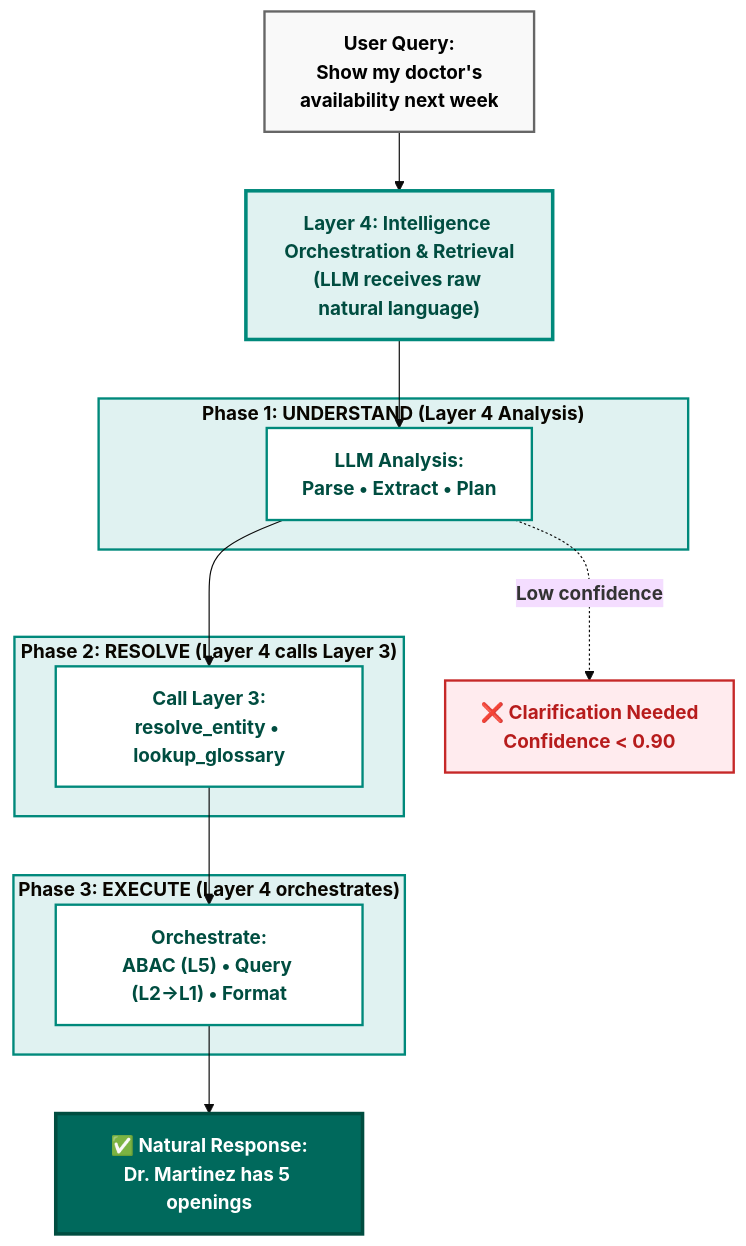
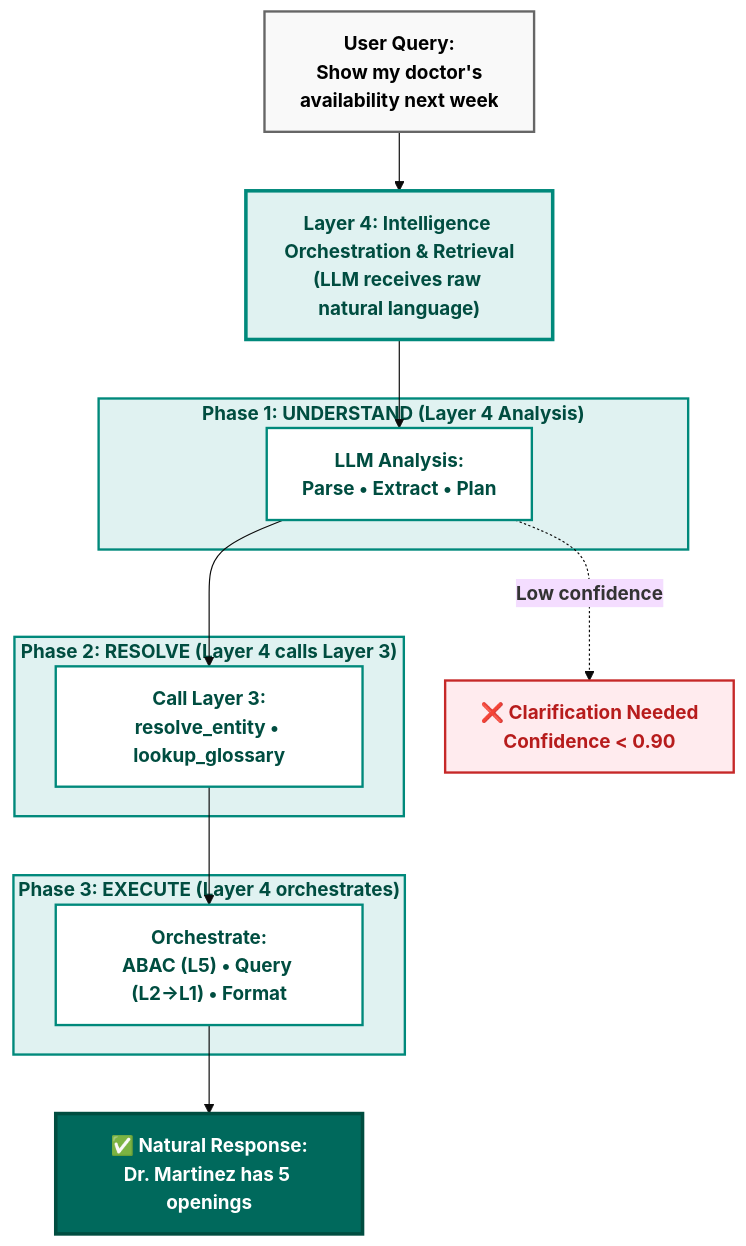
Before and after one commit to colaberry/enterprise-data-readiness-ai-agents: the sixth of 11 diagrams in chapter-02/chapter_2_complete.md, drawn with Mermaid (base theme). The commit also changed other lines of this file, not shown here.

First line of the commit message:
diagram 10 fixed

````diff
--- a/chapter-02/chapter_2_complete.md
+++ b/chapter-02/chapter_2_complete.md
@@ -903,40 +903,40 @@
 ```mermaid
 graph TB
     NL["<b>User Query:</b><br/><b>Show my doctor's</b><br/><b>availability next week</b>"]
     
     NL --> L4["<b>Layer 4: Intelligence Orchestration & Retrieval</b><br/><b>(LLM receives raw natural language)</b>"]
     
     subgraph PHASE1["<b>Phase 1: UNDERSTAND (Layer 4 Analysis)</b>"]
         P1["<b>LLM Analysis:</b><br/><b>Parse • Extract • Plan</b>"]
     end
     
     subgraph PHASE2["<b>Phase 2: RESOLVE (Layer 4 calls Layer 3)</b>"]
         P2["<b>Call Layer 3:</b><br/><b>resolve_entity • lookup_glossary</b>"]
     end
     
     subgraph PHASE3["<b>Phase 3: EXECUTE (Layer 4 orchestrates)</b>"]
         P3["<b>Orchestrate:</b><br/><b>ABAC (L5) • Query (L2→L1) • Format</b>"]
     end
     
     CLARIFY["<b>❌ Clarification Needed</b><br/><b>Confidence < 0.90</b>"]
     
     RESULT["<b>✅ Natural Response:</b><br/><b>Dr. Martinez has 5 openings</b>"]
     
     L4 --> P1
     P1 --> P2
     P2 --> P3
     P3 --> RESULT
     
     P1 -.->|<b>Low confidence</b>| CLARIFY
     
     style L4 fill:#e0f2f1,stroke:#00897b,stroke-width:3px,color:#004d40
-    style PHASE1 fill:#e0f2f1,stroke:#00897b,stroke-width:2px
-    style PHASE2 fill:#e0f2f1,stroke:#00897b,stroke-width:2px
-    style PHASE3 fill:#e0f2f1,stroke:#00897b,stroke-width:2px
+    style PHASE1 fill:#e0f2f1,stroke:#00897b,stroke-width:2px,color:#004d40
+    style PHASE2 fill:#e0f2f1,stroke:#00897b,stroke-width:2px,color:#004d40
+    style PHASE3 fill:#e0f2f1,stroke:#00897b,stroke-width:2px,color:#004d40
     style P1 fill:#ffffff,stroke:#00897b,stroke-width:2px,color:#004d40
     style P2 fill:#ffffff,stroke:#00897b,stroke-width:2px,color:#004d40
     style P3 fill:#ffffff,stroke:#00897b,stroke-width:2px,color:#004d40
     style RESULT fill:#00695c,color:#ffffff,stroke:#004d40,stroke-width:3px
     style CLARIFY fill:#ffebee,stroke:#c62828,stroke-width:2px,color:#b71c1c
     style NL fill:#f9f9f9,stroke:#666666,stroke-width:2px,color:#000000
 ```
````
